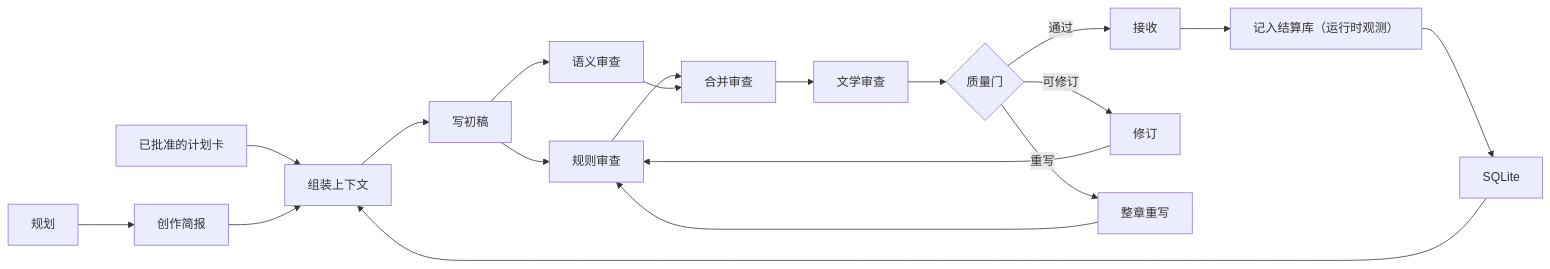
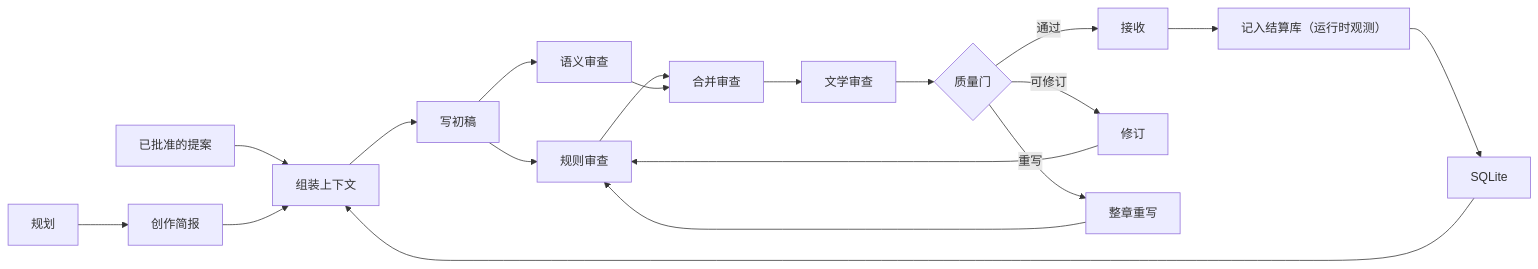
The second of 2 diagrams in README.md (Bingtuu/Songyan), drawn with Mermaid before and after one commit. The commit also changed other lines of this file and 28 other files, not shown here.

````diff
--- a/README.md
+++ b/README.md
@@ -62,21 +62,21 @@
 ```mermaid
 flowchart LR
     Plan["规划"] --> Brief["创作简报"]
-    Cards["已批准的计划卡"] --> Context["组装上下文"]
+    Cards["已批准的提案"] --> Context["组装上下文"]
     Brief --> Context
     Context --> Draft["写初稿"]
     Draft --> Rule["规则审查"]
     Draft --> Semantic["语义审查"]
     Rule --> Merge["合并审查"]
     Semantic --> Merge
     Merge --> Literary["文学审查"]
     Literary --> Gate{"质量门"}
     Gate -->|通过| Accept["接收"]
     Gate -->|可修订| Revise["修订"]
     Gate -->|重写| Rewrite["整章重写"]
     Revise --> Rule
     Rewrite --> Rule
     Accept --> Extract["记入结算库（运行时观测）"]
     Extract --> DB["SQLite"]
     DB --> Context
 ```
````
